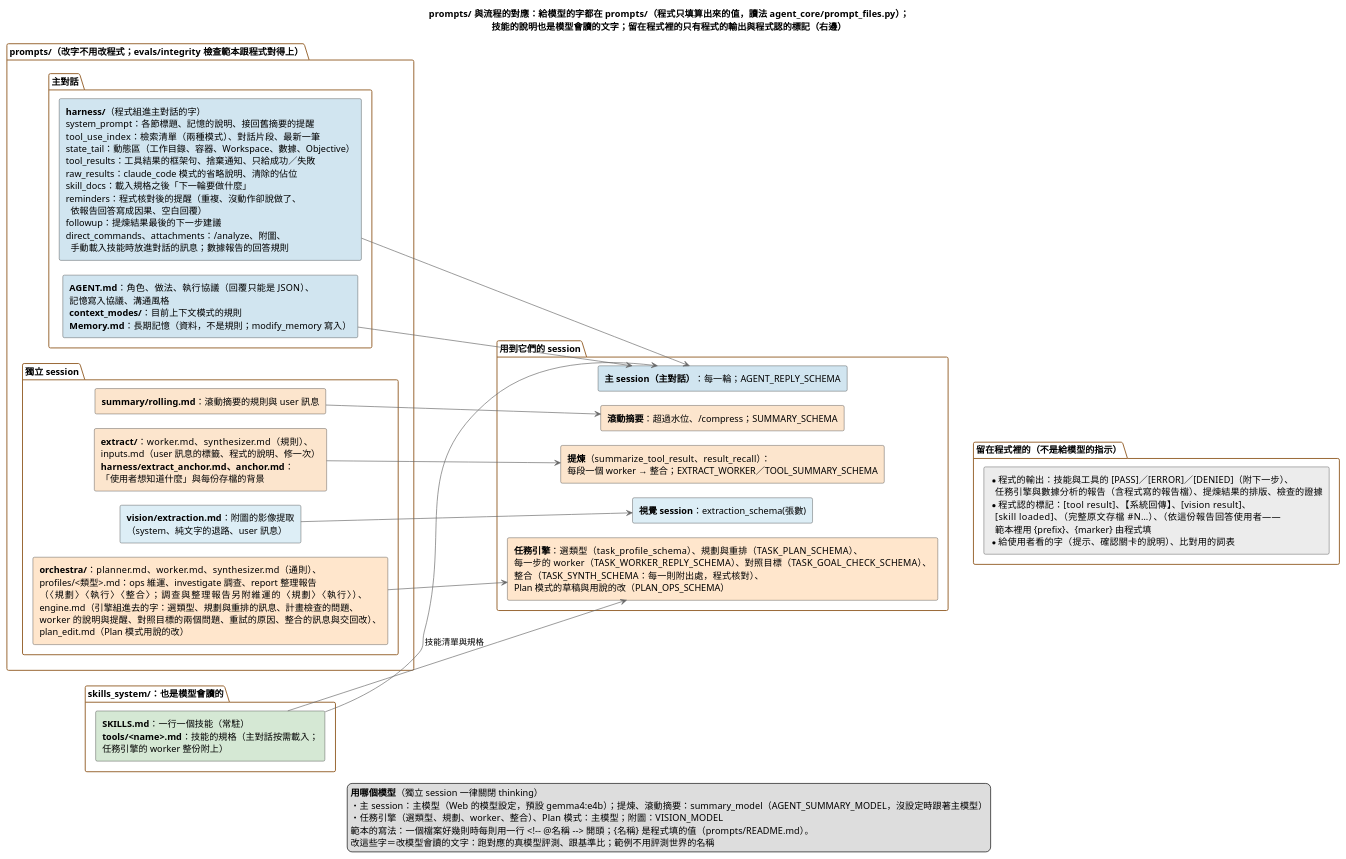
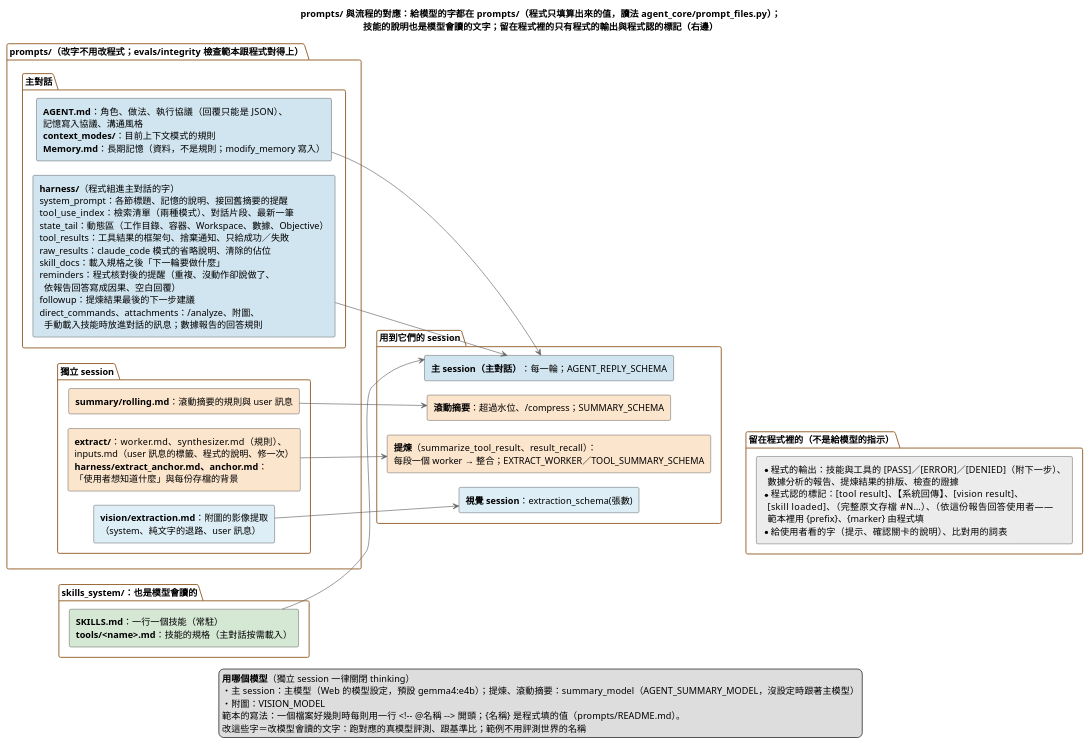
Before and after one commit to DavidZox/Coding_agnet: the diagram in doc/diagrams/prompts與流程的對應.puml, drawn with PlantUML. The commit also changed 63 other files, not shown here.

```diff
--- a/doc/diagrams/prompts與流程的對應.puml
+++ b/doc/diagrams/prompts與流程的對應.puml
@@ -1,120 +1,103 @@
 @startuml
 ' --- 樣式精準控制 ---
 skinparam shadowing false
 skinparam defaultFontName "Microsoft JhengHei"
 skinparam RectangleWidthMax 440
 skinparam PackageBorderColor #996633
 skinparam ArrowColor #666666
 skinparam ranksep 70
 skinparam nodesep 22
 left to right direction
 
 title prompts/ 與流程的對應：給模型的字都在 prompts/（程式只填算出來的值，讀法 agent_core/prompt_files.py）；\n技能的說明也是模型會讀的文字；留在程式裡的只有程式的輸出與程式認的標記（右邊）
 
 package "prompts/（改字不用改程式；evals/integrity 檢查範本跟程式對得上）" {
   package "主對話" {
     rectangle P_AGENT #D1E5F0 [
       **AGENT.md**：角色、做法、執行協議（回覆只能是 JSON）、
       記憶寫入協議、溝通風格
       **context_modes/**：目前上下文模式的規則
       **Memory.md**：長期記憶（資料，不是規則；modify_memory 寫入）
     ]
     rectangle P_HARNESS #D1E5F0 [
       **harness/**（程式組進主對話的字）
       system_prompt：各節標題、記憶的說明、接回舊摘要的提醒
       tool_use_index：檢索清單（兩種模式）、對話片段、最新一筆
       state_tail：動態區（工作目錄、容器、Workspace、數據、Objective）
       tool_results：工具結果的框架句、捨棄通知、只給成功／失敗
       raw_results：claude_code 模式的省略說明、清除的佔位
       skill_docs：載入規格之後「下一輪要做什麼」
       reminders：程式核對後的提醒（重複、沒動作卻說做了、
         依報告回答寫成因果、空白回覆）
       followup：提煉結果最後的下一步建議
       direct_commands、attachments：/analyze、附圖、
         手動載入技能時放進對話的訊息；數據報告的回答規則
     ]
   }
   package "獨立 session" {
     rectangle P_SUMMARY #FCE5CD [
       **summary/rolling.md**：滾動摘要的規則與 user 訊息
     ]
     rectangle P_EXTRACT #FCE5CD [
       **extract/**：worker.md、synthesizer.md（規則）、
       inputs.md（user 訊息的標籤、程式的說明、修一次）
       **harness/extract_anchor.md、anchor.md**：
       「使用者想知道什麼」與每份存檔的背景
     ]
-    rectangle P_ORCH #FFE6CC [
-      **orchestra/**：planner.md、worker.md、synthesizer.md（通則）、
-      profiles/<類型>.md：ops 維運、investigate 調查、report 整理報告
-      （〈規劃〉〈執行〉〈整合〉；調查與整理報告另附維運的〈規劃〉〈執行〉）、
-      engine.md（引擎組進去的字：選類型、規劃與重排的訊息、計畫檢查的問題、
-      worker 的說明與提醒、對照目標的兩個問題、重試的原因、整合的訊息與交回改）、
-      plan_edit.md（Plan 模式用說的改）
-    ]
     rectangle P_VISION #DDEEF6 [
       **vision/extraction.md**：附圖的影像提取
       （system、純文字的退路、user 訊息）
     ]
   }
 }
 
 package "skills_system/：也是模型會讀的" {
   rectangle K_ALL #D5E8D4 [
     **SKILLS.md**：一行一個技能（常駐）
-    **tools/<name>.md**：技能的規格（主對話按需載入；
-    任務引擎的 worker 整份附上）
+    **tools/<name>.md**：技能的規格（主對話按需載入）
   ]
 }
 
 package "用到它們的 session" {
   rectangle S_MAIN #D1E5F0 [
     **主 session（主對話）**：每一輪；AGENT_REPLY_SCHEMA
   ]
   rectangle S_SUMMARY #FCE5CD [
     **滾動摘要**：超過水位、/compress；SUMMARY_SCHEMA
   ]
   rectangle S_EXTRACT #FCE5CD [
     **提煉**（summarize_tool_result、result_recall）：
     每段一個 worker → 整合；EXTRACT_WORKER／TOOL_SUMMARY_SCHEMA
   ]
-  rectangle S_ORCH #FFE6CC [
-    **任務引擎**：選類型（task_profile_schema）、規劃與重排（TASK_PLAN_SCHEMA）、
-    每一步的 worker（TASK_WORKER_REPLY_SCHEMA）、對照目標（TASK_GOAL_CHECK_SCHEMA）、
-    整合（TASK_SYNTH_SCHEMA：每一則附出處，程式核對）、
-    Plan 模式的草稿與用說的改（PLAN_OPS_SCHEMA）
-  ]
   rectangle S_VISION #DDEEF6 [
     **視覺 session**：extraction_schema(張數)
   ]
 }
 
 package "留在程式裡的（不是給模型的指示）" {
   rectangle C_LIST #ECECEC [
     * 程式的輸出：技能與工具的 [PASS]／[ERROR]／[DENIED]（附下一步）、
-      任務引擎與數據分析的報告（含程式寫的報告檔）、提煉結果的排版、檢查的證據
+      數據分析的報告、提煉結果的排版、檢查的證據
     * 程式認的標記：[tool result]、【系統回傳】、[vision result]、
       [skill loaded]、（完整原文存檔 #N…）、（依這份報告回答使用者——
       範本裡用 {prefix}、{marker} 由程式填
     * 給使用者看的字（提示、確認關卡的說明）、比對用的詞表
   ]
 }
 
 P_AGENT --> S_MAIN
 P_HARNESS --> S_MAIN
 K_ALL --> S_MAIN
 P_SUMMARY --> S_SUMMARY
 P_EXTRACT --> S_EXTRACT
-P_ORCH --> S_ORCH
-K_ALL --> S_ORCH : 技能清單與規格
 P_VISION --> S_VISION
 S_VISION -[hidden]-> C_LIST
 
 legend bottom
   **用哪個模型**（獨立 session 一律關閉 thinking）
   ・主 session：主模型（Web 的模型設定，預設 gemma4:e4b）；提煉、滾動摘要：summary_model（AGENT_SUMMARY_MODEL，沒設定時跟著主模型）
-  ・任務引擎（選類型、規劃、worker、整合）、Plan 模式：主模型；附圖：VISION_MODEL
+  ・附圖：VISION_MODEL
   範本的寫法：一個檔案好幾則時每則用一行 <!~-- @名稱 ~--> 開頭；{名稱} 是程式填的值（prompts/README.md）。
   改這些字＝改模型會讀的文字：跑對應的真模型評測、跟基準比；範例不用評測世界的名稱
 endlegend
 @enduml
```
